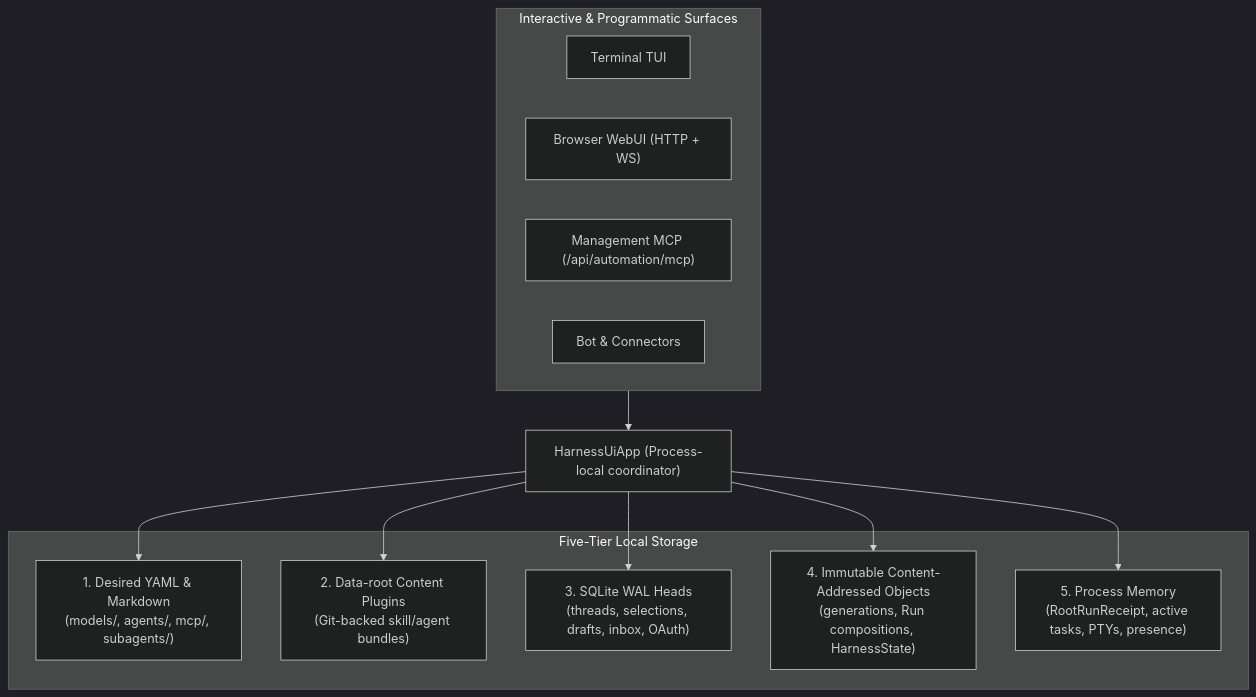
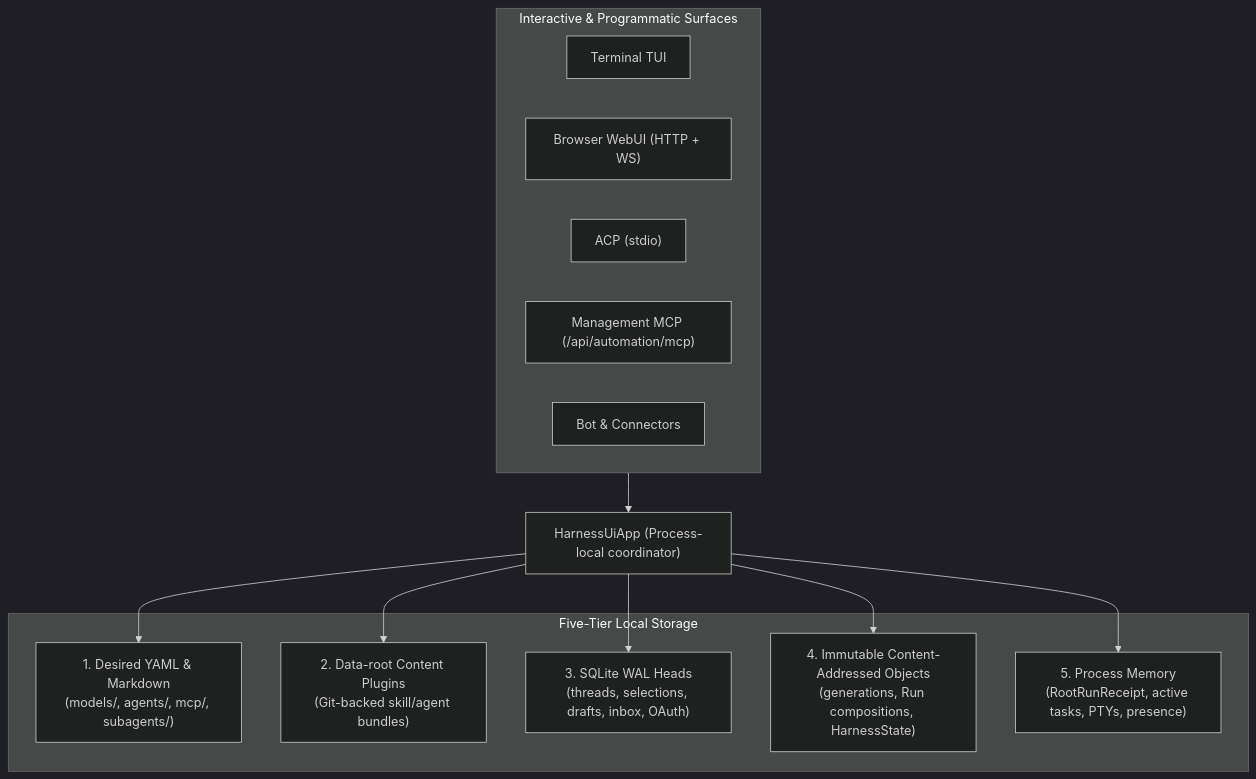
Before and after one commit to converge-ai-labs/agent-foundation: the diagram in docs/a13n-harness-ui/architecture.md, drawn with Mermaid (dark theme). The commit also changed other lines of this file and 11 other files, not shown here.

````diff
--- a/docs/a13n-harness-ui/architecture.md
+++ b/docs/a13n-harness-ui/architecture.md
@@ -13,26 +13,27 @@
 ```mermaid
 flowchart TB
     subgraph Surfaces["Interactive & Programmatic Surfaces"]
         TUI["Terminal TUI"]
         WebUI["Browser WebUI (HTTP + WS)"]
+        ACP["ACP (stdio)"]
         MgmtMCP["Management MCP (/api/automation/mcp)"]
         Bot["Bot & Connectors"]
     end
 
     App["HarnessUiApp (Process-local coordinator)"]
 
     subgraph Storage["Five-Tier Local Storage"]
         YAML["1. Desired YAML & Markdown<br/>(models/, agents/, mcp/, subagents/)"]
         Plugins["2. Data-root Content Plugins<br/>(Git-backed skill/agent bundles)"]
         SQLite["3. SQLite WAL Heads<br/>(threads, selections, drafts, inbox, OAuth)"]
         Objects["4. Immutable Content-Addressed Objects<br/>(generations, Run compositions, HarnessState)"]
         Memory["5. Process Memory<br/>(RootRunReceipt, active tasks, PTYs, presence)"]
     end
 
     Surfaces --> App
     App --> YAML & Plugins & SQLite & Objects & Memory
 
-    class TUI,WebUI,MgmtMCP,Bot app
+    class TUI,WebUI,ACP,MgmtMCP,Bot app
     class App a13n
     class YAML,Plugins,SQLite,Objects,Memory store
 ```
````
